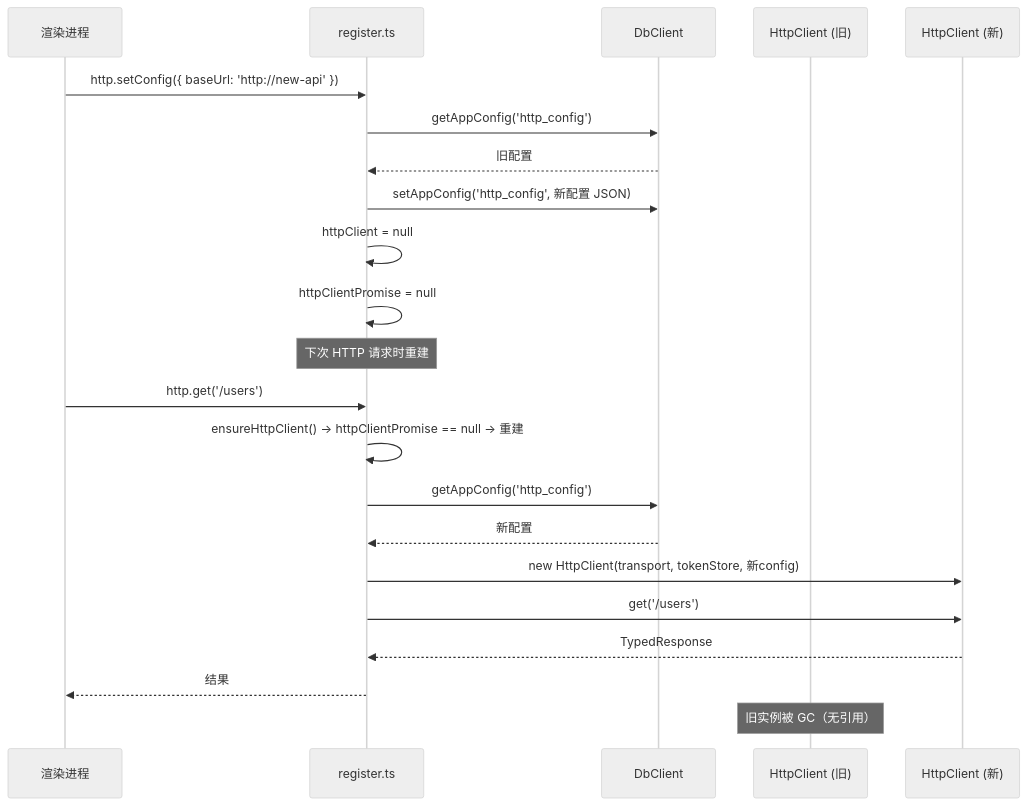
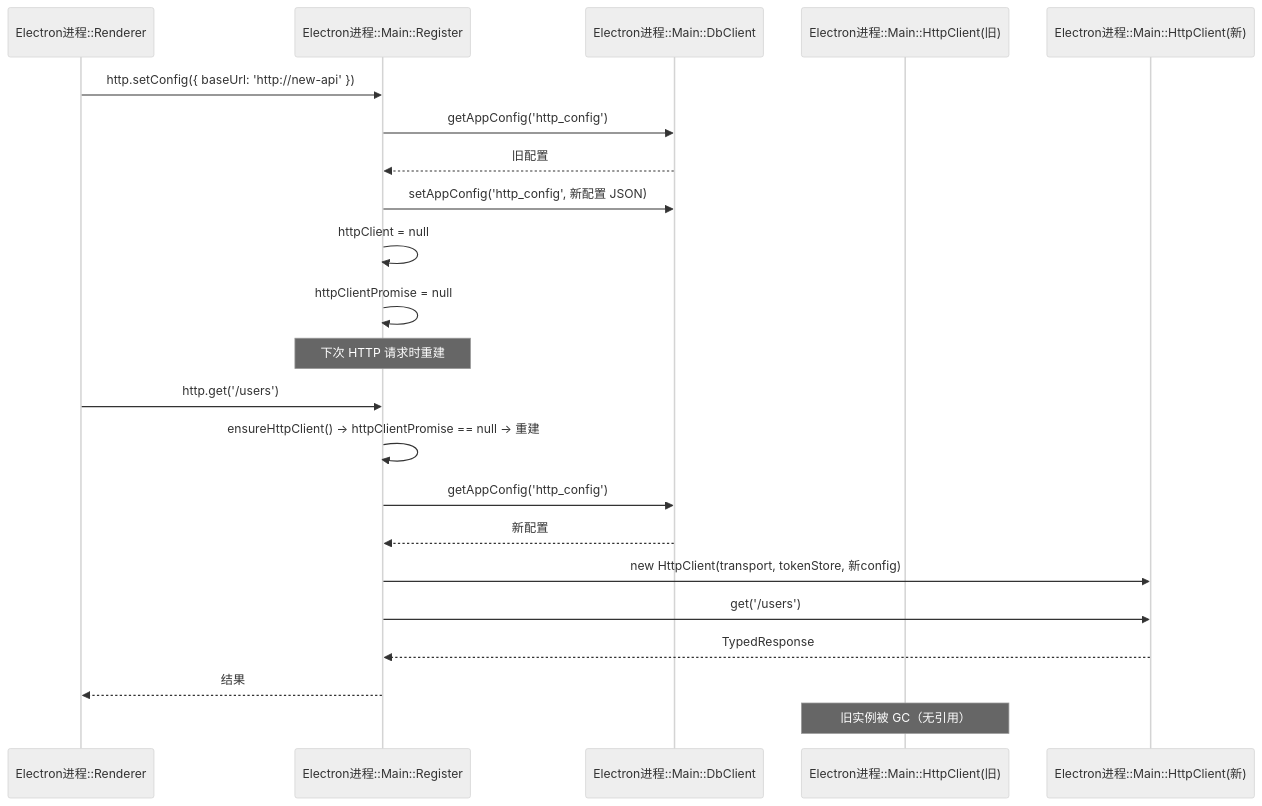
One commit to lupnfer/vue_with_csdk changed diagram 12 of 12 in docs/architecture-diagrams.md. Above: the diagram before and after it, drawn with Mermaid (neutral theme). The commit also changed other lines of this file, not shown here.

Commit message:
docs: 统一时序图 participant 命名为 Electron进程::模块 格式

````diff
--- a/docs/architecture-diagrams.md
+++ b/docs/architecture-diagrams.md
@@ -558,27 +558,27 @@
 ```mermaid
 sequenceDiagram
-    participant R as 渲染进程
-    participant Reg as register.ts
-    participant DB as DbClient
-    participant HC as HttpClient (旧)
-    participant HC2 as HttpClient (新)
+    participant R as Electron进程::Renderer
+    participant Reg as Electron进程::Main::Register
+    participant DB as Electron进程::Main::DbClient
+    participant HC as Electron进程::Main::HttpClient(旧)
+    participant HC2 as Electron进程::Main::HttpClient(新)
 
     R->>Reg: http.setConfig({ baseUrl: 'http://new-api' })
     Reg->>DB: getAppConfig('http_config')
     DB-->>Reg: 旧配置
     Reg->>DB: setAppConfig('http_config', 新配置 JSON)
     Reg->>Reg: httpClient = null
     Reg->>Reg: httpClientPromise = null
     Note over Reg: 下次 HTTP 请求时重建
 
     R->>Reg: http.get('/users')
     Reg->>Reg: ensureHttpClient() → httpClientPromise == null → 重建
     Reg->>DB: getAppConfig('http_config')
     DB-->>Reg: 新配置
     Reg->>HC2: new HttpClient(transport, tokenStore, 新config)
     Reg->>HC2: get('/users')
     HC2-->>Reg: TypedResponse
     Reg-->>R: 结果
 
     Note over HC: 旧实例被 GC（无引用）
 ```
````
